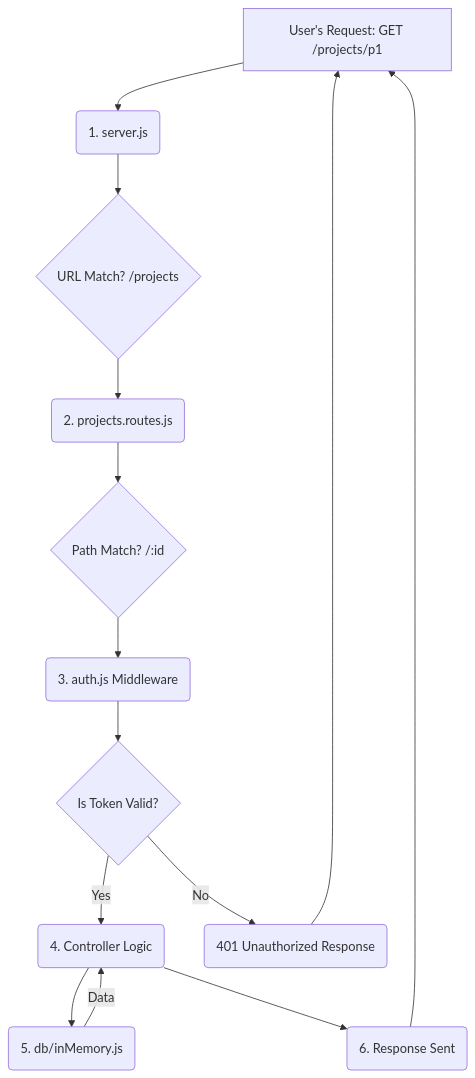
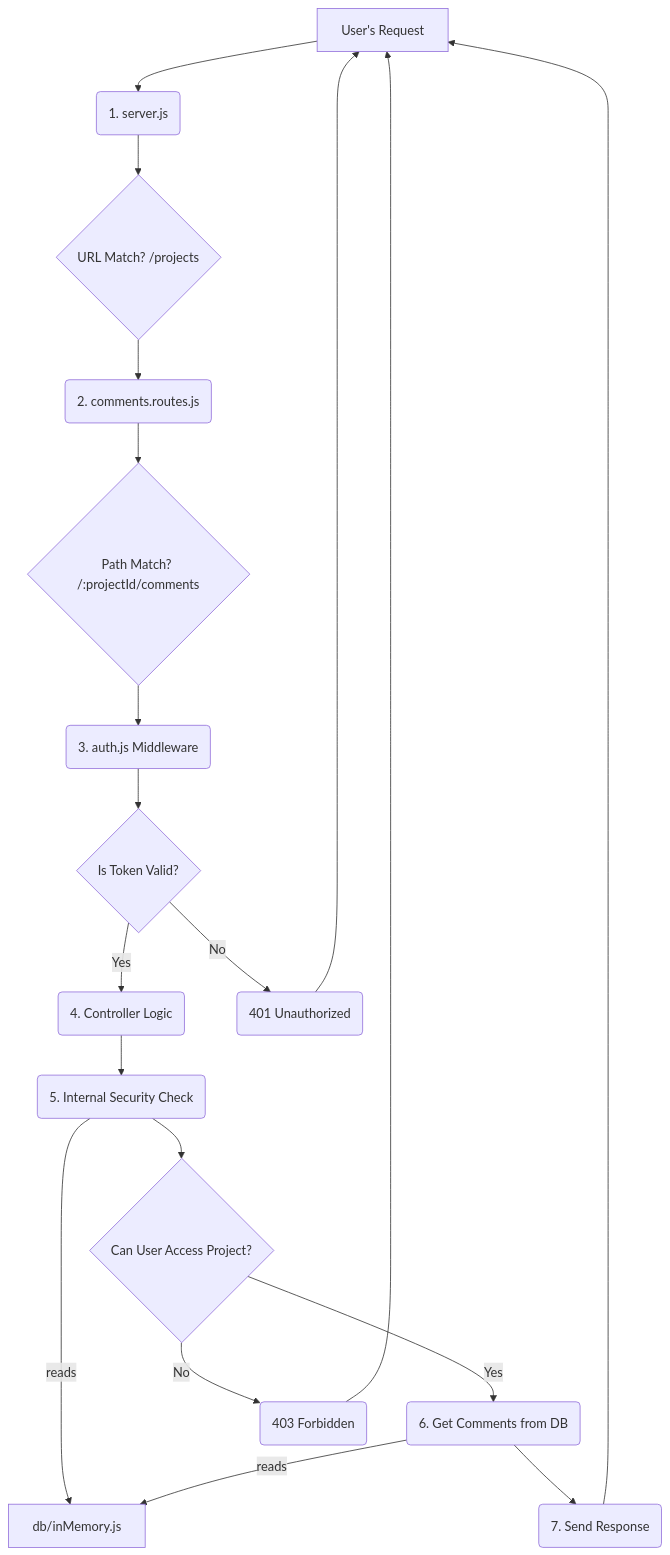
One commit to saffronhamid/prototype changed the diagram in backend/docs/EXECUTION_FLOW.md. Above: the diagram before and after it, drawn with Mermaid. The commit also changed other lines of this file and 21 other files, not shown here.

````diff
--- a/backend/docs/EXECUTION_FLOW.md
+++ b/backend/docs/EXECUTION_FLOW.md
@@ -95,17 +90,22 @@
 ```mermaid
 graph TD
-    A[User's Request: GET /projects/p1] --> B(1. server.js);
+    A[User's Request] --> B(1. server.js);
     B --> C{URL Match? /projects};
-    C --> D(2. projects.routes.js);
-    D --> E{Path Match? /:id};
+    C --> D(2. comments.routes.js);
+    D --> E{Path Match? /:projectId/comments};
     E --> F(3. auth.js Middleware);
     F --> G{Is Token Valid?};
     G -- Yes --> H(4. Controller Logic);
-    H --> I(5. db/inMemory.js);
-    I -- Data --> H;
-    H --> J(6. Response Sent);
-    J --> A;
+    H --> I(5. Internal Security Check);
+    I -- reads --> K[db/inMemory.js];
+    I --> J{Can User Access Project?};
+    J -- Yes --> L(6. Get Comments from DB);
+    L -- reads --> K;
+    L --> M(7. Send Response);
+    M --> A;
 
-    G -- No --> K(401 Unauthorized Response);
-    K --> A;
+    G -- No --> Z(401 Unauthorized);
+    J -- No --> Y(403 Forbidden);
+    Z --> A;
+    Y --> A;
 ```
````
